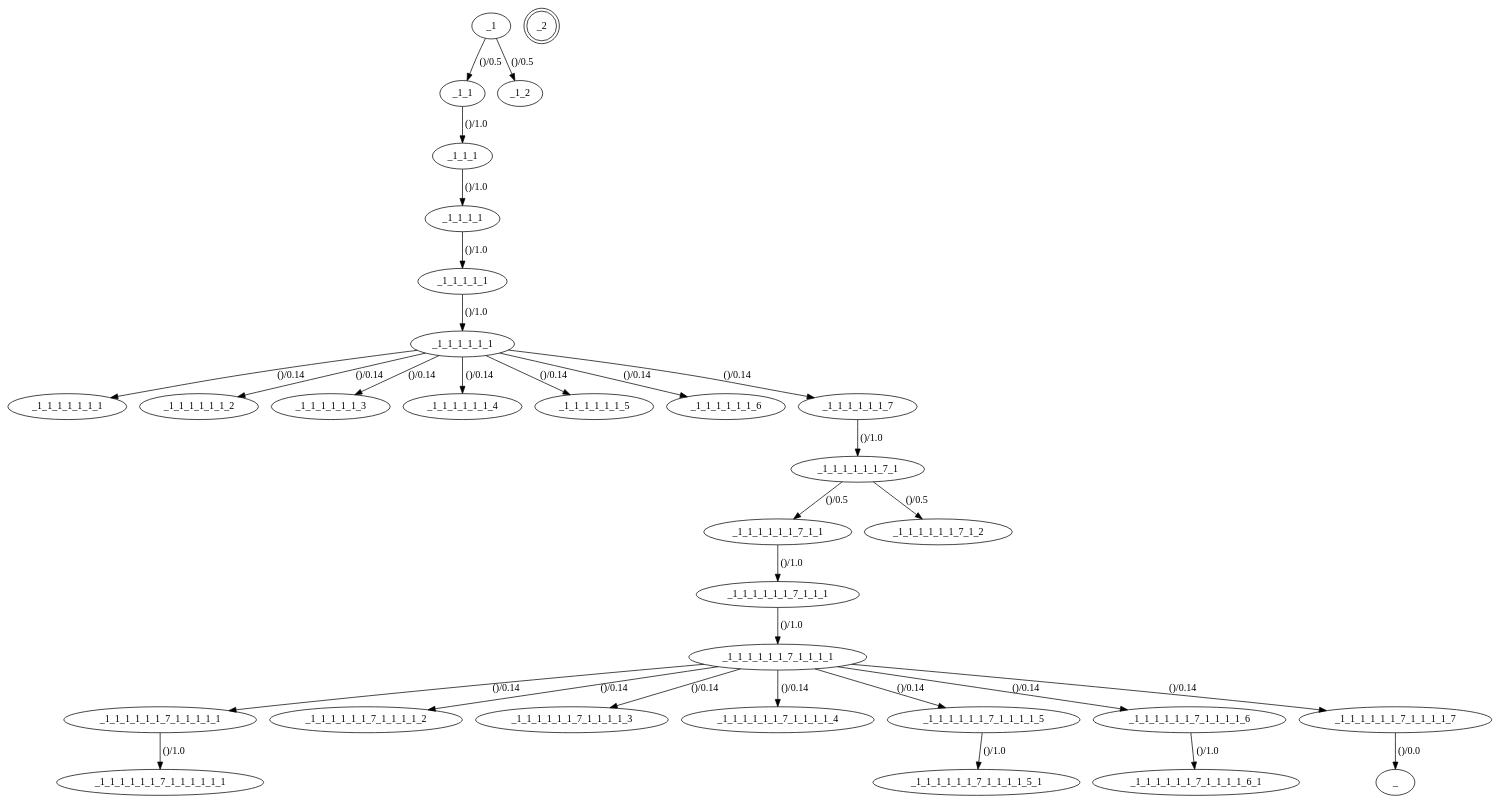
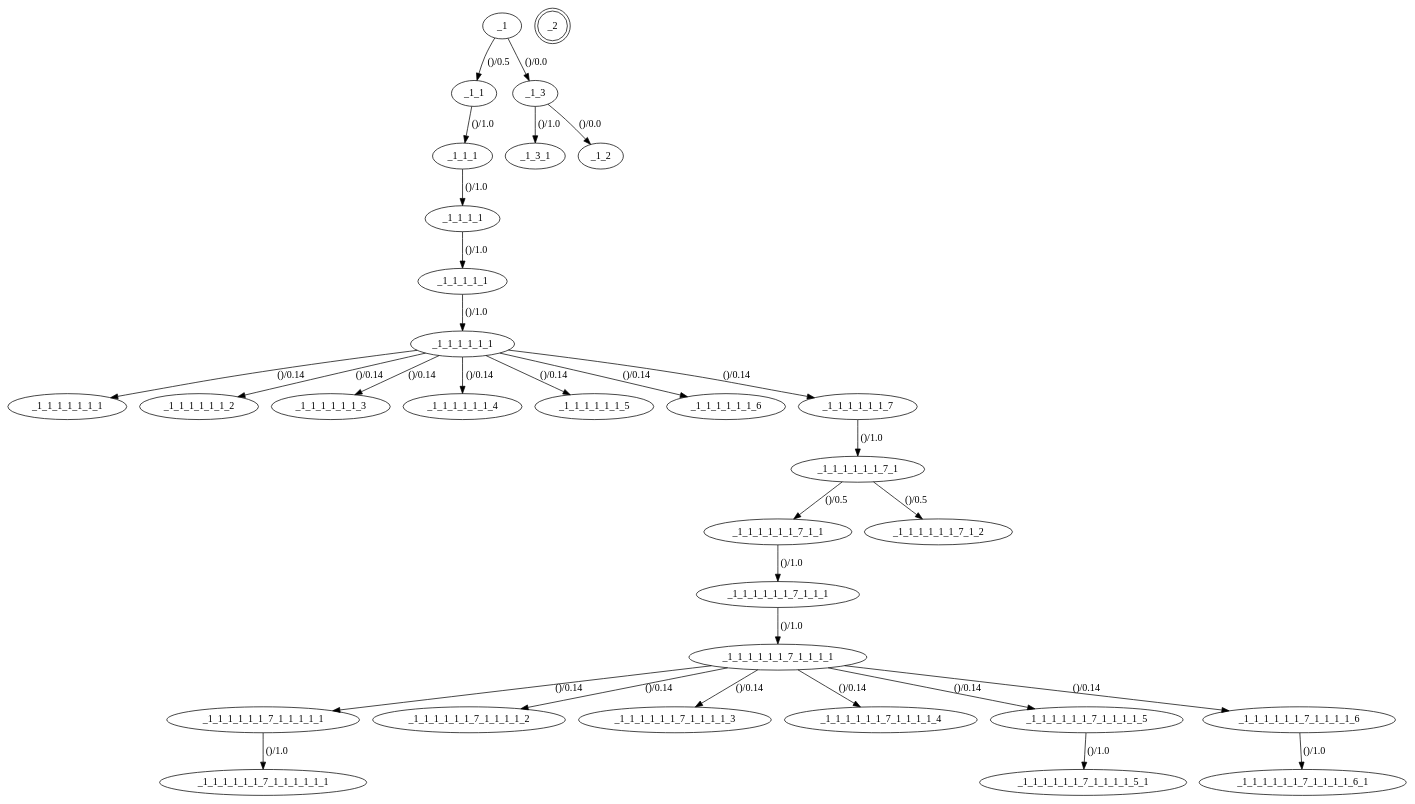
Before and after one commit to helttu/slideco-tests: the diagram in qauto_deco/pagemodel/structure.gv, drawn with Graphviz. The commit also changed 2 other files, not shown here.

Commit message:
Update structure graph

```diff
--- a/qauto_deco/pagemodel/structure.gv
+++ b/qauto_deco/pagemodel/structure.gv
@@ -1,63 +1,64 @@
 digraph default_model {
 //States
 _1
 _1_1_1
 _1_1
 _1_1_1_1
 _1_1_1_1_1
 _1_1_1_1_1_1
 _1_1_1_1_1_1_1
 _1_1_1_1_1_1_2
 _1_1_1_1_1_1_3
 _1_1_1_1_1_1_4
 _1_1_1_1_1_1_5
 _1_1_1_1_1_1_6
 _1_1_1_1_1_1_7
 _1_1_1_1_1_1_7_1
 _1_1_1_1_1_1_7_1_1
 _1_1_1_1_1_1_7_1_1_1
 _1_1_1_1_1_1_7_1_1_1_1
 _1_1_1_1_1_1_7_1_1_1_1_1
 _1_1_1_1_1_1_7_1_1_1_1_2
 _1_1_1_1_1_1_7_1_1_1_1_3
 _1_1_1_1_1_1_7_1_1_1_1_4
 _1_1_1_1_1_1_7_1_1_1_1_5
 _1_1_1_1_1_1_7_1_1_1_1_5_1
 _1_1_1_1_1_1_7_1_2
+_1_3
+_1_3_1
+_1_2
+_1_1_1_1_1_1_7_1_1_1_1_1_1
 _1_1_1_1_1_1_7_1_1_1_1_6
 _1_1_1_1_1_1_7_1_1_1_1_6_1
-_1_2
-_1_1_1_1_1_1_7_1_1_1_1_1_1
-_1_1_1_1_1_1_7_1_1_1_1_7
 _2[shape = "doublecircle"]
 //Transitions
 _1 -> _1_1[ label = "()/0.5", probability = "0.5", set_guard = "(u'', u'')", check_guard = "(u'', u'')", edge_id = "fc549930-c01f-11e5-bdbc-a94980e8de8d"]
 _1_1 -> _1_1_1[ label = "()/1.0", probability = "1.0", set_guard = "(u'', u'')", check_guard = "(u'', u'')", edge_id = "fe4879ee-c01f-11e5-8b18-a94980e8de8d"]
 _1_1_1 -> _1_1_1_1[ label = "()/1.0", probability = "1.0", set_guard = "(u'', u'')", check_guard = "(u'', u'')", edge_id = "ac323121-c02d-11e5-8503-a94980e8de8d"]
 _1_1_1_1 -> _1_1_1_1_1[ label = "()/1.0", probability = "1.0", set_guard = "(u'', u'')", check_guard = "(u'', u'')", edge_id = "2e873671-c02e-11e5-a260-a94980e8de8d"]
 _1_1_1_1_1 -> _1_1_1_1_1_1[ label = "()/1.0", probability = "1.0", set_guard = "(u'', u'')", check_guard = "(u'', u'')", edge_id = "fa83d631-c032-11e5-aabc-a94980e8de8d"]
 _1_1_1_1_1_1 -> _1_1_1_1_1_1_1[ label = "()/0.14", probability = "0.142857142857", set_guard = "(u'', u'')", check_guard = "(u'', u'')", edge_id = "8bbcdc9f-c038-11e5-88a6-a94980e8de8d"]
 _1_1_1_1_1_1 -> _1_1_1_1_1_1_2[ label = "()/0.14", probability = "0.142857142857", set_guard = "(u'', u'')", check_guard = "(u'', u'')", edge_id = "e2cac7ef-c038-11e5-b7d3-a94980e8de8d"]
 _1_1_1_1_1_1 -> _1_1_1_1_1_1_3[ label = "()/0.14", probability = "0.142857142857", set_guard = "(u'', u'')", check_guard = "(u'', u'')", edge_id = "0b82f9ae-c039-11e5-b3ff-a94980e8de8d"]
 _1_1_1_1_1_1 -> _1_1_1_1_1_1_4[ label = "()/0.14", probability = "0.142857142857", set_guard = "(u'', u'')", check_guard = "(u'', u'')", edge_id = "3bceb6e2-c039-11e5-9122-a94980e8de8d"]
 _1_1_1_1_1_1 -> _1_1_1_1_1_1_5[ label = "()/0.14", probability = "0.142857142857", set_guard = "(u'', u'')", check_guard = "(u'', u'')", edge_id = "fdcfa1a1-c039-11e5-8b14-a94980e8de8d"]
 _1_1_1_1_1_1 -> _1_1_1_1_1_1_6[ label = "()/0.14", probability = "0.142857142857", set_guard = "(u'', u'')", check_guard = "(u'', u'')", edge_id = "ff775e30-c039-11e5-93ba-a94980e8de8d"]
 _1_1_1_1_1_1 -> _1_1_1_1_1_1_7[ label = "()/0.14", probability = "0.142857142857", set_guard = "(u'', u'')", check_guard = "(u'', u'')", edge_id = "01636f5f-c03d-11e5-94c1-a94980e8de8d"]
 _1_1_1_1_1_1_7 -> _1_1_1_1_1_1_7_1[ label = "()/1.0", probability = "1.0", set_guard = "(u'', u'')", check_guard = "(u'', u'')", edge_id = "63c5beb1-c03d-11e5-986f-a94980e8de8d"]
 _1_1_1_1_1_1_7_1 -> _1_1_1_1_1_1_7_1_1[ label = "()/0.5", probability = "0.5", set_guard = "(u'', u'')", check_guard = "(u'', u'')", edge_id = "81ed66c1-c03f-11e5-b923-a94980e8de8d"]
 _1_1_1_1_1_1_7_1_1 -> _1_1_1_1_1_1_7_1_1_1[ label = "()/1.0", probability = "1.0", set_guard = "(u'', u'')", check_guard = "(u'', u'')", edge_id = "80083690-c040-11e5-a873-a94980e8de8d"]
 _1_1_1_1_1_1_7_1_1_1 -> _1_1_1_1_1_1_7_1_1_1_1[ label = "()/1.0", probability = "1.0", set_guard = "(u'', u'')", check_guard = "(u'', u'')", edge_id = "110f70e2-c041-11e5-8143-a94980e8de8d"]
 _1_1_1_1_1_1_7_1_1_1_1 -> _1_1_1_1_1_1_7_1_1_1_1_1[ label = "()/0.14", probability = "0.142857142857", set_guard = "(u'', u'')", check_guard = "(u'', u'')", edge_id = "cb99f522-c041-11e5-8451-a94980e8de8d"]
 _1_1_1_1_1_1_7_1_1_1_1 -> _1_1_1_1_1_1_7_1_1_1_1_2[ label = "()/0.14", probability = "0.142857142857", set_guard = "(u'', u'')", check_guard = "(u'', u'')", edge_id = "018954a1-c042-11e5-88d0-a94980e8de8d"]
 _1_1_1_1_1_1_7_1_1_1_1 -> _1_1_1_1_1_1_7_1_1_1_1_3[ label = "()/0.14", probability = "0.142857142857", set_guard = "(u'', u'')", check_guard = "(u'', u'')", edge_id = "2f99eede-c042-11e5-a975-a94980e8de8d"]
 _1_1_1_1_1_1_7_1_1_1_1 -> _1_1_1_1_1_1_7_1_1_1_1_4[ label = "()/0.14", probability = "0.142857142857", set_guard = "(u'', u'')", check_guard = "(u'', u'')", edge_id = "59dcb841-c042-11e5-a3d8-a94980e8de8d"]
 _1_1_1_1_1_1_7_1_1_1_1 -> _1_1_1_1_1_1_7_1_1_1_1_5[ label = "()/0.14", probability = "0.142857142857", set_guard = "(u'', u'')", check_guard = "(u'', u'')", edge_id = "9ddb07e2-c042-11e5-a824-a94980e8de8d"]
 _1_1_1_1_1_1_7_1_1_1_1_5 -> _1_1_1_1_1_1_7_1_1_1_1_5_1[ label = "()/1.0", probability = "1.0", set_guard = "(u'', u'')", check_guard = "(u'', u'')", edge_id = "a6ca075e-c0c0-11e5-bbbb-a94980e8de8d"]
 _1_1_1_1_1_1_7_1 -> _1_1_1_1_1_1_7_1_2[ label = "()/0.5", probability = "0.5", set_guard = "(u'', u'')", check_guard = "(u'', u'')", edge_id = "90f4aa10-c0c2-11e5-9162-a94980e8de8d"]
-_1_1_1_1_1_1_7_1_1_1_1 -> _1_1_1_1_1_1_7_1_1_1_1_6[ label = "()/0.14", probability = "0.142857142857", set_guard = "(u'', u'')", check_guard = "(u'', u'')", edge_id = "07bfa41e-c59f-11e5-ac9f-2c600cd4c6d7"]
-_1_1_1_1_1_1_7_1_1_1_1_6 -> _1_1_1_1_1_1_7_1_1_1_1_6_1[ label = "()/1.0", probability = "1.0", set_guard = "(u'', u'')", check_guard = "(u'', u'')", edge_id = "b18e8770-c5a2-11e5-922c-2c600cd4c6d7"]
-_1 -> _1_2[ label = "()/0.5", probability = "0.5", set_guard = "(u'', u'')", check_guard = "(u'', u'')", edge_id = "f0ffd800-c66a-11e5-8f83-2c600cd4c6d7"]
+_1_3 -> _1_3_1[ label = "()/1.0", probability = "1.0", set_guard = "(u'', u'')", check_guard = "(u'', u'')", edge_id = "b18e8770-c5a2-11e5-922c-2c600cd4c6d7"]
 _1_1_1_1_1_1_7_1_1_1_1_1 -> _1_1_1_1_1_1_7_1_1_1_1_1_1[ label = "()/1.0", probability = "1.0", set_guard = "(u'', u'')", check_guard = "(u'', u'')", edge_id = "2f5d7d41-c8b5-11e5-b5b1-00247e035201"]
-_1_1_1_1_1_1_7_1_1_1_1 -> _1_1_1_1_1_1_7_1_1_1_1_7[ label = "()/0.14", probability = "0.142857142857", set_guard = "(u'', u'')", check_guard = "(u'', u'')", edge_id = "63b998ef-c8bd-11e5-b359-00247e035201"]
-_1_1_1_1_1_1_7_1_1_1_1_7 -> _[ label = "()/0.0", probability = "0.0", set_guard = "('', '')", check_guard = "('', '')", edge_id = "b40472c1-c8be-11e5-b9d2-00247e035201"]
+_1_1_1_1_1_1_7_1_1_1_1 -> _1_1_1_1_1_1_7_1_1_1_1_6[ label = "()/0.14", probability = "0.142857142857", set_guard = "(u'', u'')", check_guard = "(u'', u'')", edge_id = "63b998ef-c8bd-11e5-b359-00247e035201"]
+_1_1_1_1_1_1_7_1_1_1_1_6 -> _1_1_1_1_1_1_7_1_1_1_1_6_1[ label = "()/1.0", probability = "1.0", set_guard = "(u'', u'')", check_guard = "(u'', u'')", edge_id = "b40472c1-c8be-11e5-b9d2-00247e035201"]
+_1 -> _1_3[ label = "()/0.0", probability = "0.0", set_guard = "('', '')", check_guard = "('', '')", edge_id = "d7b9c1e1-c975-11e5-b0eb-a94980e8de8d"]
+_1_3 -> _1_2[ label = "()/0.0", probability = "0.0", set_guard = "('', '')", check_guard = "('', '')", edge_id = "dfcd2bb0-c975-11e5-99fe-a94980e8de8d"]
 }
```
